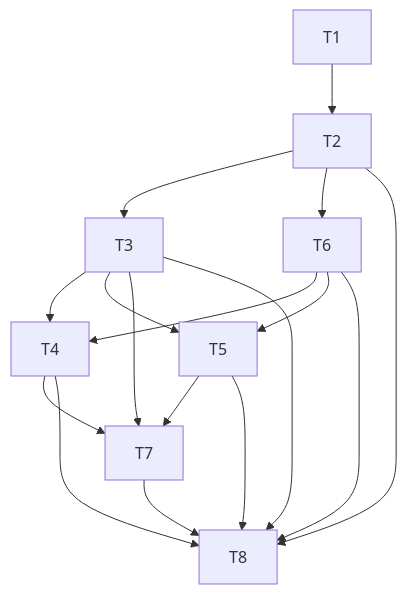
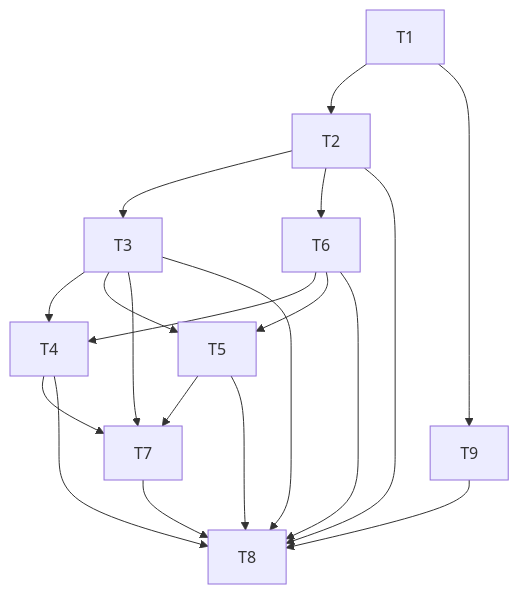
Before and after one commit to YunyuVv/zhuangxiu: the diagram in docs/需求相关/研发任务拆解.md, drawn with Mermaid. The commit also changed other lines of this file and 4 other files, not shown here.

````diff
--- a/docs/需求相关/研发任务拆解.md
+++ b/docs/需求相关/研发任务拆解.md
@@ -61,19 +67,21 @@
 ```mermaid
 flowchart TD
   T1 --> T2
   T2 --> T3
   T2 --> T6
   T3 --> T4
   T3 --> T5
   T6 --> T4
   T6 --> T5
   T3 --> T7
   T4 --> T7
   T5 --> T7
   T2 --> T8
   T3 --> T8
   T4 --> T8
   T5 --> T8
   T6 --> T8
   T7 --> T8
+  T1 --> T9
+  T9 --> T8
 ```
````
